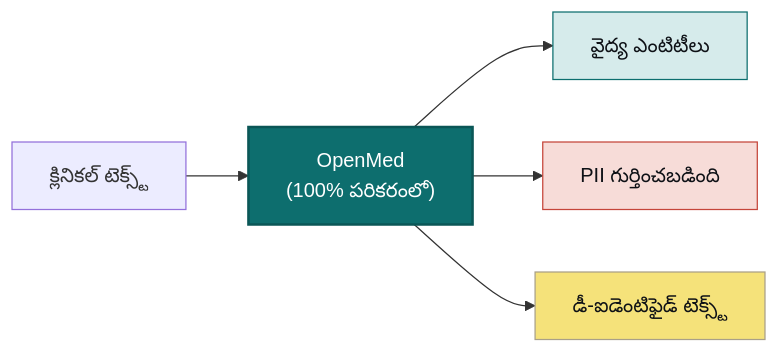
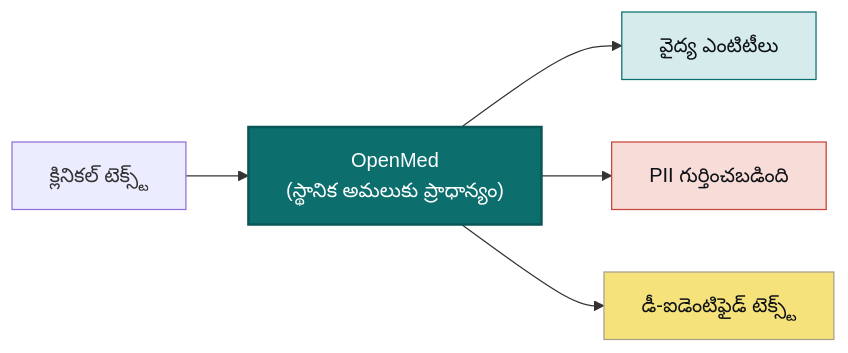
The diagram in README.te.md (maziyarpanahi/openmed), drawn with Mermaid before and after one commit. The commit also changed other lines of this file, not shown here.

````diff
--- a/README.te.md
+++ b/README.te.md
@@ -126,11 +119,11 @@
 ```mermaid
 flowchart LR
-    A["క్లినికల్ టెక్స్ట్"] --> B["OpenMed<br/>(100% పరికరంలో)"]
+    A["క్లినికల్ టెక్స్ట్"] --> B["OpenMed<br/>(స్థానిక అమలుకు ప్రాధాన్యం)"]
     B --> C["వైద్య ఎంటిటీలు"]
     B --> D["PII గుర్తించబడింది"]
     B --> E["డీ-ఐడెంటిఫైడ్ టెక్స్ట్"]
     style B fill:#0D6E6E,stroke:#0A5656,stroke-width:2px,color:#ffffff
     style C fill:#D6EBEB,stroke:#0D6E6E,color:#0E1116
     style D fill:#F7DCD8,stroke:#C5453A,color:#0E1116
     style E fill:#F5E27A,stroke:#A9A088,color:#0E1116
 ```
````
